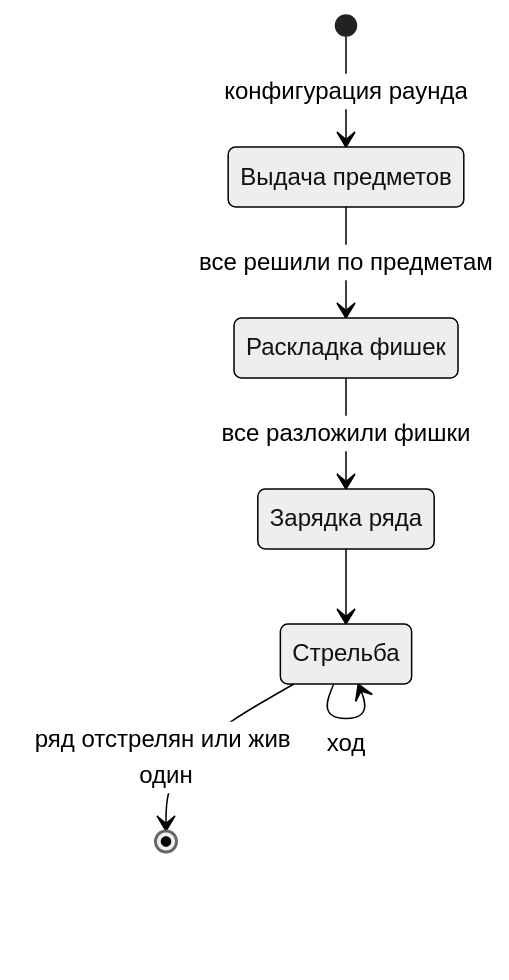
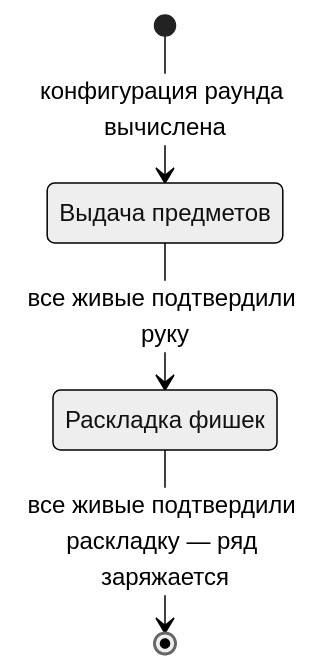
Before and after one commit to CaseyJohnson-RS/LiveEngine: the second of 3 diagrams in docs/rules/round.md, drawn with Mermaid (neutral theme). The commit also changed other lines of this file and 10 other files, not shown here.

````diff
--- a/docs/rules/round.md
+++ b/docs/rules/round.md
@@ -12,14 +26,9 @@
 ```mermaid
 stateDiagram-v2
     state "Выдача предметов" as Items
     state "Раскладка фишек" as Chips
-    state "Зарядка ряда" as Load
-    state "Стрельба" as Shoot
 
-    [*] --> Items: конфигурация раунда
-    Items --> Chips: все решили по предметам
-    Chips --> Load: все разложили фишки
-    Load --> Shoot
-    Shoot --> Shoot: ход
-    Shoot --> [*]: ряд отстрелян или жив один
+    [*] --> Items: конфигурация раунда вычислена
+    Items --> Chips: все живые подтвердили руку
+    Chips --> [*]: все живые подтвердили раскладку — ряд заряжается
 ```
````
